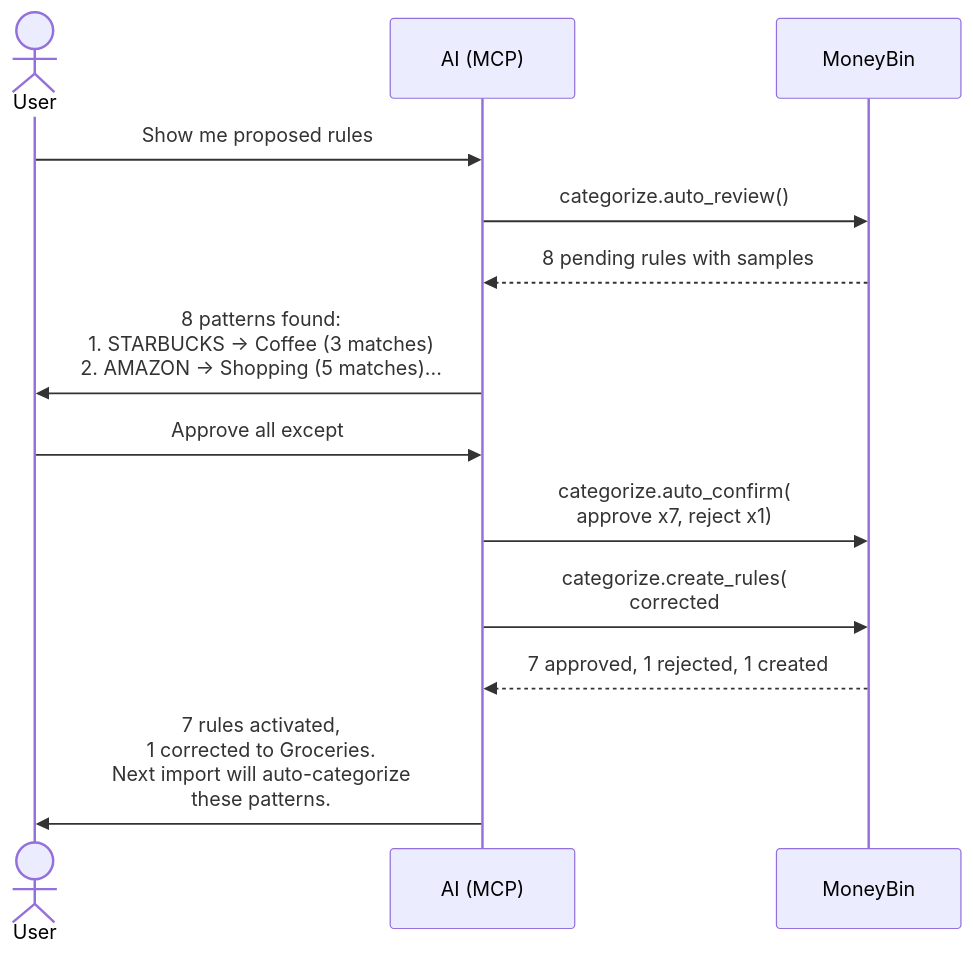
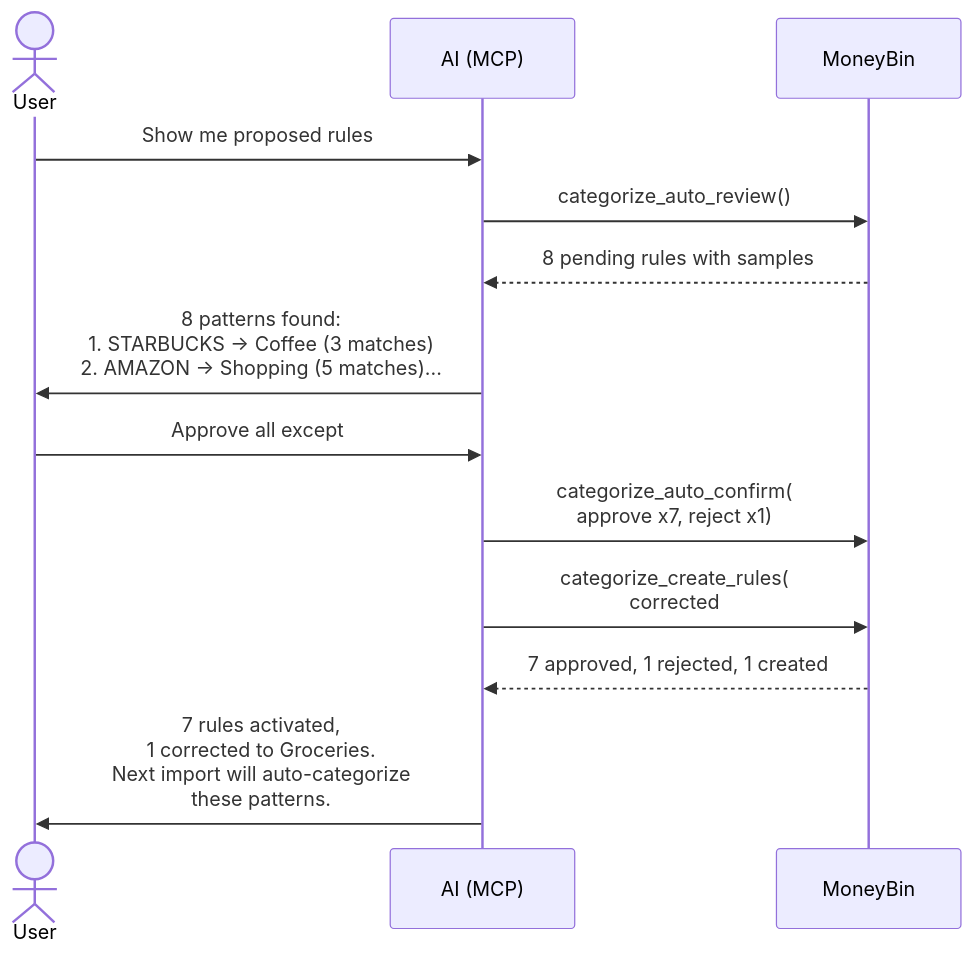
Before and after one commit to bsaffel/moneybin: the diagram in docs/specs/categorization-auto-rules.md, drawn with Mermaid. The commit also changed other lines of this file and 64 other files, not shown here.

````diff
--- a/docs/specs/categorization-auto-rules.md
+++ b/docs/specs/categorization-auto-rules.md
@@ -212,16 +212,16 @@
 ```mermaid
 sequenceDiagram
     actor User
     participant AI as AI (MCP)
     participant Sys as MoneyBin
 
     User->>AI: Show me proposed rules
-    AI->>Sys: categorize.auto_review()
+    AI->>Sys: categorize_auto_review()
     Sys-->>AI: 8 pending rules with samples
     AI->>User: 8 patterns found:<br/>1. STARBUCKS -> Coffee (3 matches)<br/>2. AMAZON -> Shopping (5 matches)...
     User->>AI: Approve all except #4,<br/>that should be Groceries
-    AI->>Sys: categorize.auto_confirm(<br/>approve x7, reject x1)
-    AI->>Sys: categorize.create_rules(<br/>corrected #4 as Groceries)
+    AI->>Sys: categorize_auto_confirm(<br/>approve x7, reject x1)
+    AI->>Sys: categorize_create_rules(<br/>corrected #4 as Groceries)
     Sys-->>AI: 7 approved, 1 rejected, 1 created
     AI->>User: 7 rules activated,<br/>1 corrected to Groceries.<br/>Next import will auto-categorize<br/>these patterns.
 ```
````
